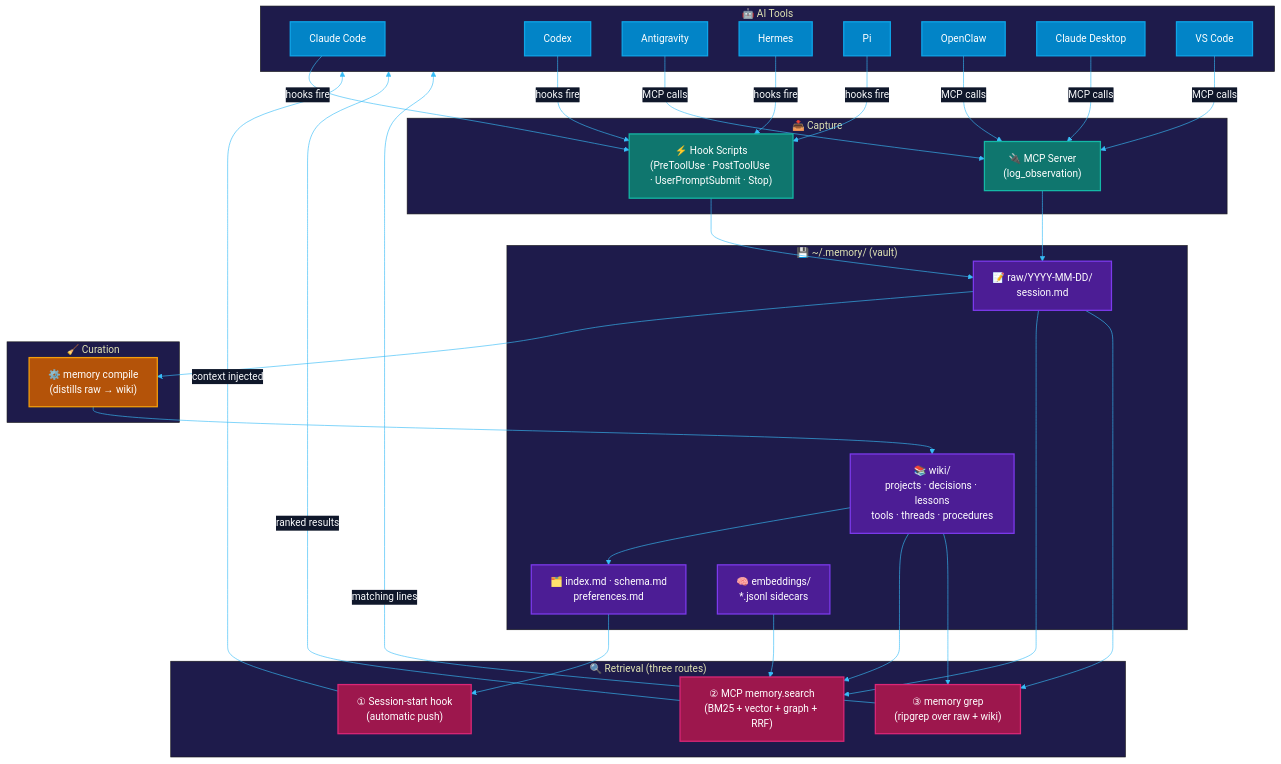
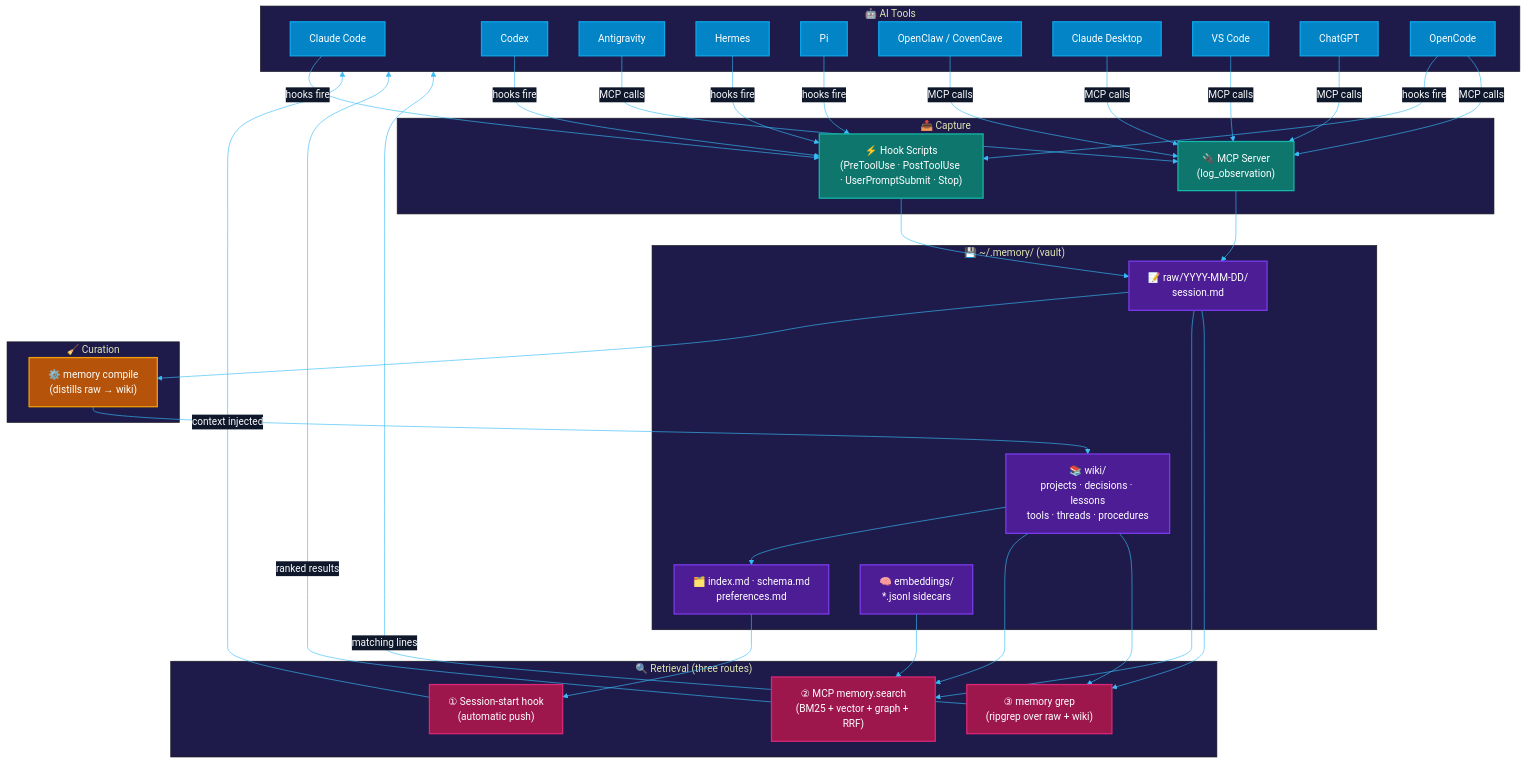
One commit to GalaxyRuler/memory-fort changed the first of 2 diagrams in README.md. Above: the diagram before and after it, drawn with Mermaid. The commit also changed other lines of this file, not shown here.

First line of the commit message:
docs: update README with ChatGPT, OpenCode, provenance, secrets, client toggles

````diff
--- a/README.md
+++ b/README.md
@@ -49,72 +49,74 @@
 ```mermaid
 %%{init: {
   'theme': 'base',
   'themeVariables': {
     'primaryColor': '#1e293b',
     'primaryTextColor': '#f8fafc',
     'primaryBorderColor': '#475569',
     'lineColor': '#38bdf8',
     'secondaryColor': '#0f172a',
     'tertiaryColor': '#1e1b4b'
   }
 }}%%
 flowchart TD
     subgraph Tools ["🤖 AI Tools"]
         CC["Claude Code"]
         CX["Codex"]
         AG["Antigravity"]
         HE["Hermes"]
         PI["Pi"]
-        OC["OpenClaw"]
+        OC["OpenClaw / CovenCave"]
         CD["Claude Desktop"]
         VS["VS Code"]
+        GPT["ChatGPT"]
+        OCODE["OpenCode"]
     end
 
     subgraph Capture ["📥 Capture"]
         H["⚡ Hook Scripts<br/>(PreToolUse · PostToolUse · UserPromptSubmit · Stop)"]
         MCP_IN["🔌 MCP Server<br/>(log_observation)"]
     end
 
     subgraph Vault ["💾 ~/.memory/ (vault)"]
         RAW["📝 raw/YYYY-MM-DD/<br/>session.md"]
         WIKI["📚 wiki/<br/>projects · decisions · lessons<br/>tools · threads · procedures"]
         IDX["🗂️ index.md · schema.md<br/>preferences.md"]
         EMB["🧠 embeddings/<br/>*.jsonl sidecars"]
     end
 
     subgraph Curation ["🧹 Curation"]
         COMPILE["⚙️ memory compile<br/>(distills raw → wiki)"]
     end
 
     subgraph Retrieval ["🔍 Retrieval (three routes)"]
         SS["① Session-start hook<br/>(automatic push)"]
         SEARCH["② MCP memory.search<br/>(BM25 + vector + graph + RRF)"]
         GREP["③ memory grep<br/>(ripgrep over raw + wiki)"]
     end
 
-    CC & CX & HE & PI -->|hooks fire| H
-    AG & CD & VS & OC -->|MCP calls| MCP_IN
+    CC & CX & HE & PI & OCODE -->|hooks fire| H
+    AG & CD & VS & OC & GPT & OCODE -->|MCP calls| MCP_IN
     H --> RAW
     MCP_IN --> RAW
     RAW --> COMPILE
     COMPILE --> WIKI
     WIKI --> IDX
     IDX --> SS
     WIKI & RAW & EMB --> SEARCH
     RAW & WIKI --> GREP
     SS -->|context injected| Tools
     SEARCH -->|ranked results| Tools
     GREP -->|matching lines| Tools
 
     classDef tool fill:#0284c7,stroke:#0ea5e9,stroke-width:2px,color:#fff;
     classDef capture fill:#0f766e,stroke:#14b8a6,stroke-width:2px,color:#fff;
     classDef vault fill:#4c1d95,stroke:#7c3aed,stroke-width:2px,color:#fff;
     classDef curation fill:#b45309,stroke:#f59e0b,stroke-width:2px,color:#fff;
     classDef retrieval fill:#9d174d,stroke:#db2777,stroke-width:2px,color:#fff;
 
-    class CC,CX,AG,HE,PI,OC,CD,VS tool;
+    class CC,CX,AG,HE,PI,OC,CD,VS,GPT,OCODE tool;
     class H,MCP_IN capture;
     class RAW,WIKI,IDX,EMB vault;
     class COMPILE curation;
     class SS,SEARCH,GREP retrieval;
 ```
````
